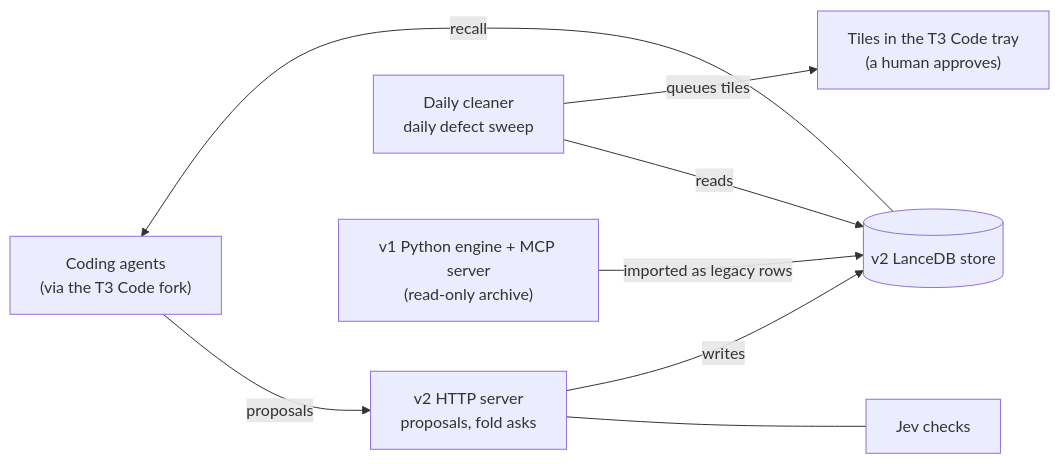
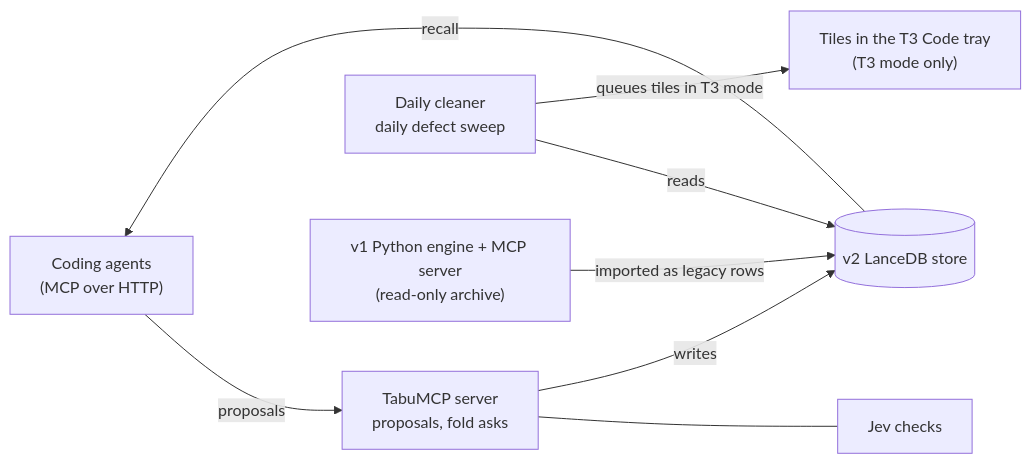
The diagram in README.md (simkaz12/tabularium), drawn with Mermaid before and after one commit. The commit also changed other lines of this file and 69 other files, not shown here.

Commit message:
Add TabuMCP, a standalone install of the v2 memory server

````diff
--- a/README.md
+++ b/README.md
@@ -11,18 +106,18 @@
 ```mermaid
 flowchart LR
-    agents["Coding agents<br/>(via the T3 Code fork)"]
-    v2["v2 HTTP server<br/>proposals, fold asks"]
+    agents["Coding agents<br/>(MCP over HTTP)"]
+    v2["TabuMCP server<br/>proposals, fold asks"]
     jev["Jev checks"]
     store[("v2 LanceDB store")]
     cleaner["Daily cleaner<br/>daily defect sweep"]
-    tray["Tiles in the T3 Code tray<br/>(a human approves)"]
+    tray["Tiles in the T3 Code tray<br/>(T3 mode only)"]
     v1["v1 Python engine + MCP server<br/>(read-only archive)"]
 
     agents -->|proposals| v2
     v2 --- jev
     v2 -->|writes| store
     store -->|recall| agents
     cleaner -->|reads| store
-    cleaner -->|queues tiles| tray
+    cleaner -->|queues tiles in T3 mode| tray
     v1 -->|imported as legacy rows| store
 ```
````
